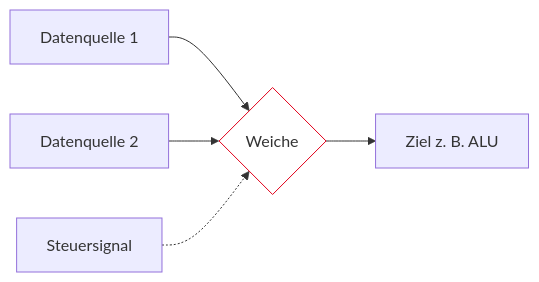
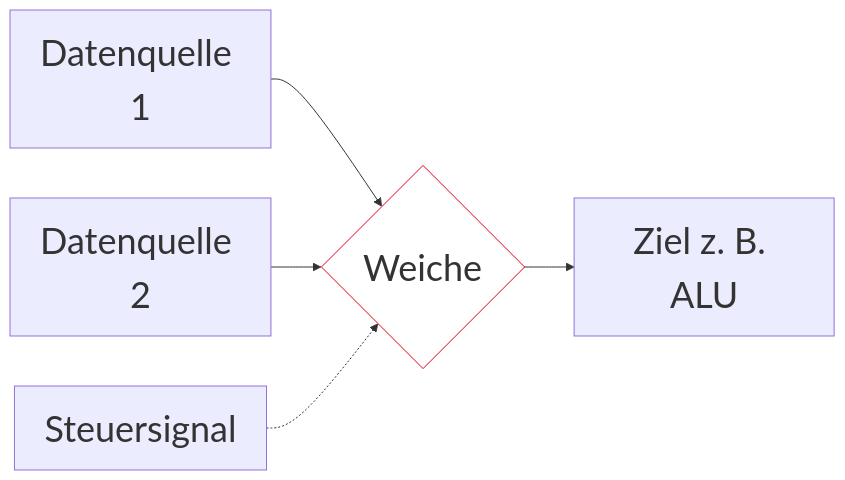
Diagram 15 of 38 in vorlesungen/01_kickoff.qmd (dantschi/mct1), drawn with Mermaid before and after one commit. The commit also changed other lines of this file and 6 other files, not shown here.

First line of the commit message:
Behebe Mermaid-Lesbarkeit und Folien-Overflow im Kickoff.

````diff
--- a/vorlesungen/01_kickoff.qmd
+++ b/vorlesungen/01_kickoff.qmd
@@ -748,8 +746,9 @@
 ```{mermaid}
+%%{init: {'themeVariables': {'fontSize': '36px', 'fontFamily': 'Inter, sans-serif'}}}%%
 graph LR
   A[Datenquelle 1] --> C{Weiche}
   B[Datenquelle 2] --> C
   S[Steuersignal] -.-> C
   C --> D[Ziel z. B. ALU]
   style C fill:#FFFFFF,stroke:#E2001A,stroke-width:2px !important
 ```
````
